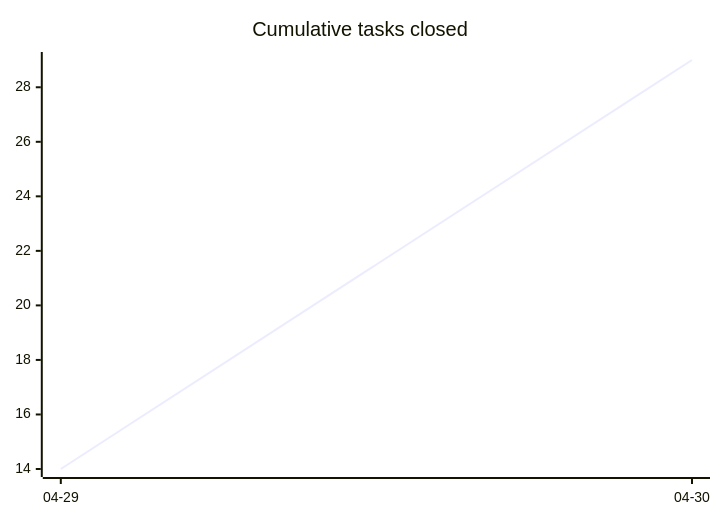
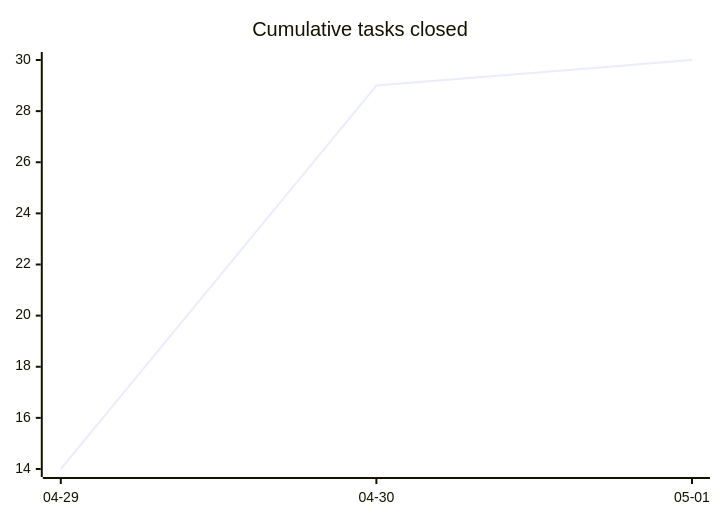
The first of 3 diagrams in docs/developers/tasks/OVERVIEW.md (tgd1975/AwesomeStudioPedal), drawn with Mermaid before and after one commit. The commit also changed other lines of this file and 9 other files, not shown here.

````diff
--- a/docs/developers/tasks/OVERVIEW.md
+++ b/docs/developers/tasks/OVERVIEW.md
@@ -20,6 +20,6 @@
 ```mermaid
 xychart-beta
     title "Cumulative tasks closed"
-    x-axis ["04-29", "04-30"]
-    line [14, 29]
+    x-axis ["04-29", "04-30", "05-01"]
+    line [14, 29, 30]
 ```
````
